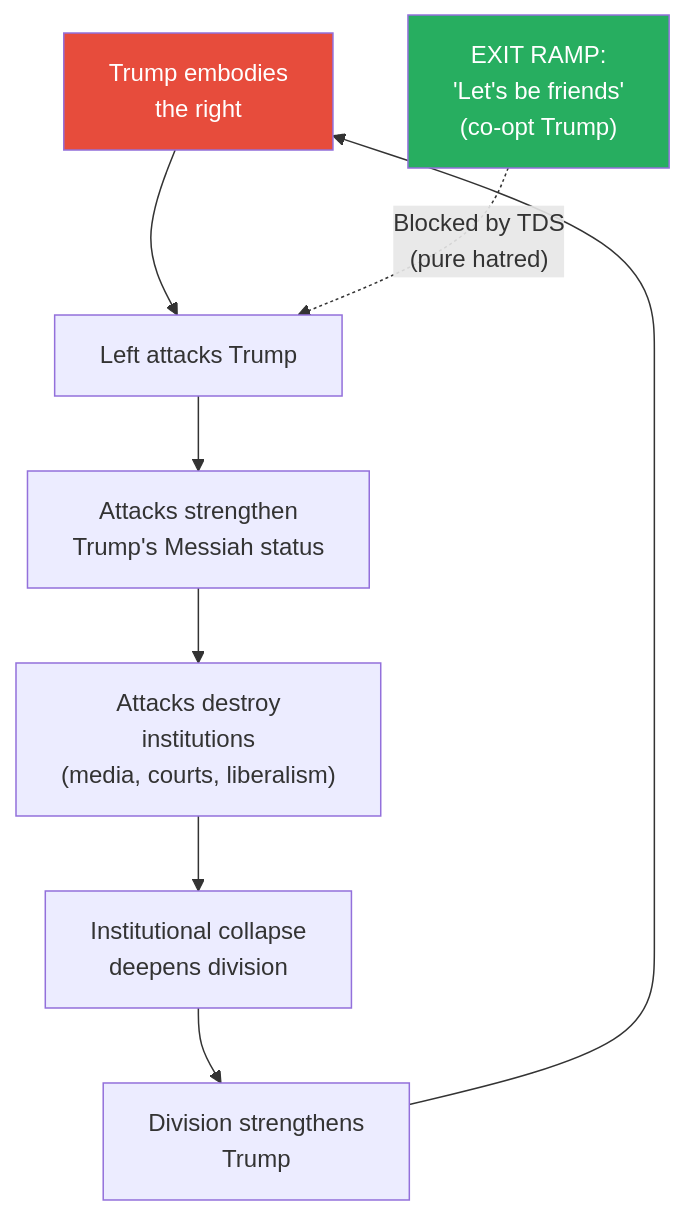
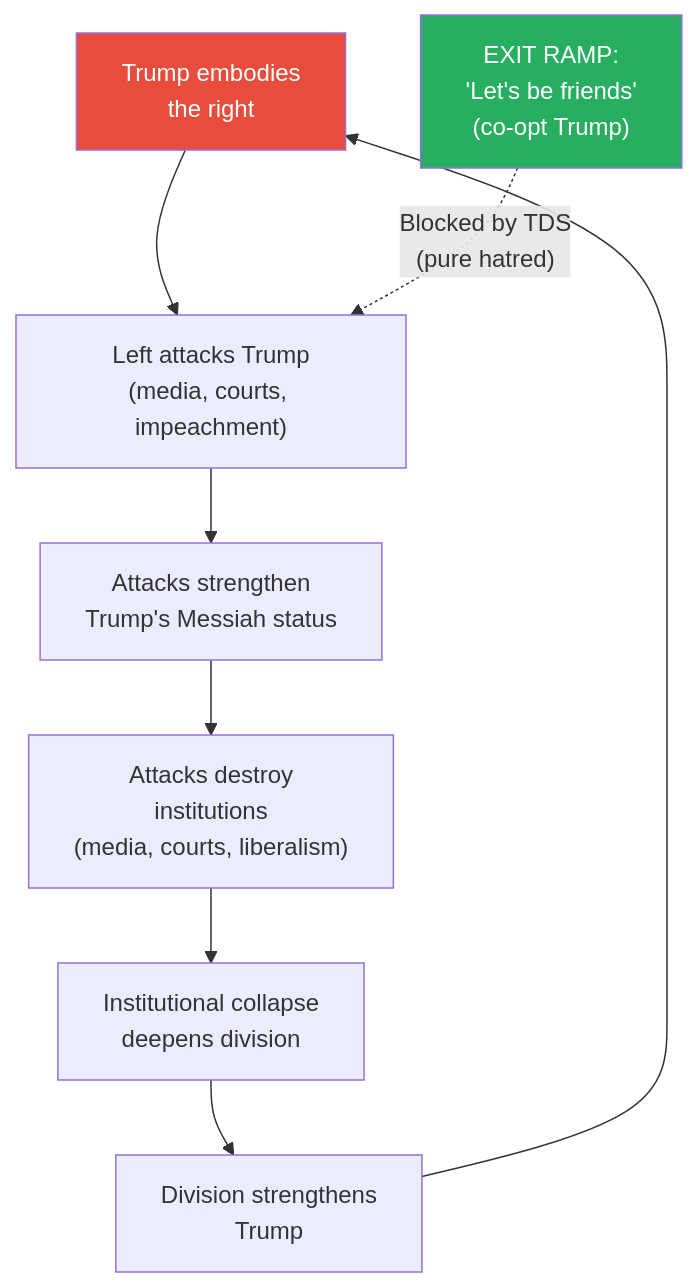
The eighth of 9 diagrams in summaries/Lectures/Geo-Strategy/11 - The Second American Civil War.md (alius33/reader), drawn with Mermaid before and after one commit. The commit also changed other lines of this file and 26 other files, not shown here.

````diff
--- a/summaries/Lectures/Geo-Strategy/11 - The Second American Civil War.md
+++ b/summaries/Lectures/Geo-Strategy/11 - The Second American Civil War.md
@@ -626,14 +465,14 @@
 ```mermaid
 flowchart TB
     T["Trump embodies<br/>the right"]
-    T --> LA["Left attacks Trump"]
+    T --> LA["Left attacks Trump<br/>(media, courts, impeachment)"]
     LA --> MS["Attacks strengthen<br/>Trump's Messiah status"]
     MS --> DI["Attacks destroy<br/>institutions<br/>(media, courts, liberalism)"]
     DI --> DD["Institutional collapse<br/>deepens division"]
     DD --> ST["Division strengthens<br/>Trump"]
     ST --> T
     E["EXIT RAMP:<br/>'Let's be friends'<br/>(co-opt Trump)"]
     E -.->|"Blocked by TDS<br/>(pure hatred)"| LA
     style T fill:#e74c3c,color:#fff
     style E fill:#27ae60,color:#fff
 ```
````
